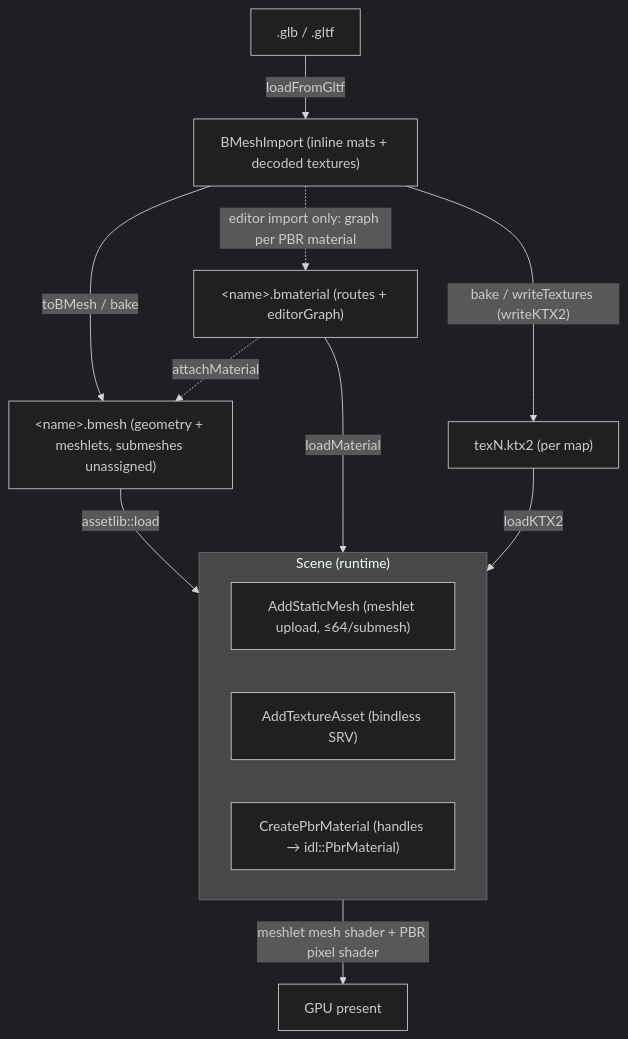
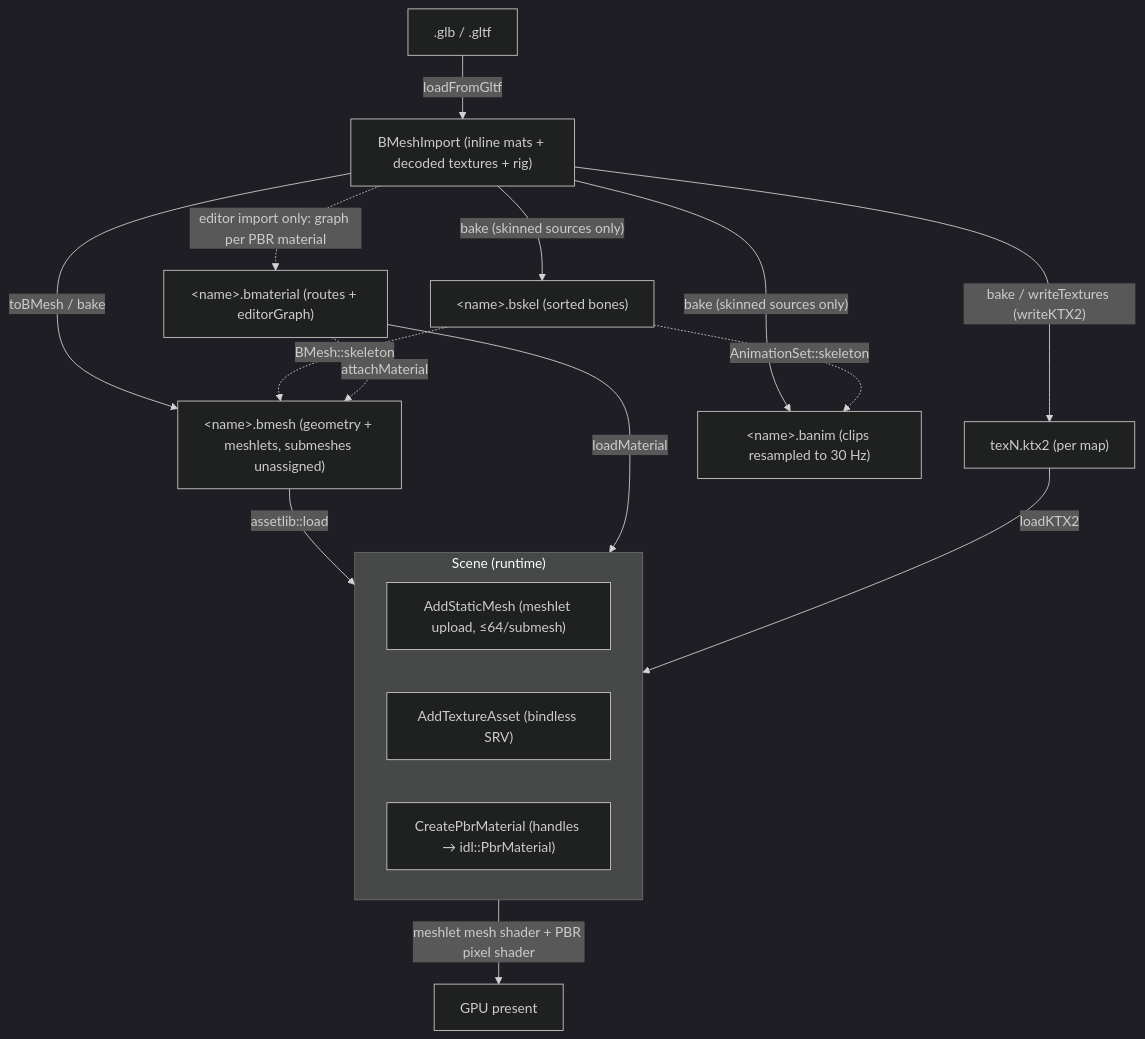
One commit to alexjiang200407/bernini changed the diagram in docs/asset_standards.md. Above: the diagram before and after it, drawn with Mermaid (dark theme). The commit also changed other lines of this file and 13 other files, not shown here.

````diff
--- a/docs/asset_standards.md
+++ b/docs/asset_standards.md
@@ -375,20 +463,24 @@
 ```mermaid
 flowchart TD
-    GLTF[".glb / .gltf"] -- "loadFromGltf" --> IMP["BMeshImport (inline mats + decoded textures)"]
+    GLTF[".glb / .gltf"] -- "loadFromGltf" --> IMP["BMeshImport (inline mats + decoded textures + rig)"]
     IMP -- "toBMesh / bake" --> BMESH["&lt;name&gt;.bmesh (geometry + meshlets, submeshes unassigned)"]
     IMP -- "bake / writeTextures (writeKTX2)" --> TEX["texN.ktx2 (per map)"]
+    IMP -- "bake (skinned sources only)" --> SKEL["&lt;name&gt;.bskel (sorted bones)"]
+    IMP -- "bake (skinned sources only)" --> ANIM["&lt;name&gt;.banim (clips resampled to 30 Hz)"]
+    SKEL -. "BMesh::skeleton" .-> BMESH
+    SKEL -. "AnimationSet::skeleton" .-> ANIM
     IMP -. "editor import only: graph per PBR material" .-> BMAT["&lt;name&gt;.bmaterial (routes + editorGraph)"]
     BMAT -. "attachMaterial" .-> BMESH
 
     BMESH -- "assetlib::load" --> SCENE
     BMAT -- "loadMaterial" --> SCENE
     TEX -- "loadKTX2" --> SCENE
 
     subgraph SCENE["Scene (runtime)"]
         AM["AddStaticMesh (meshlet upload, ≤64/submesh)"]
         AT["AddTextureAsset (bindless SRV)"]
         CM["CreatePbrMaterial (handles → idl::PbrMaterial)"]
     end
 
     SCENE -- "meshlet mesh shader + PBR pixel shader" --> GPU["GPU present"]
 ```
````
